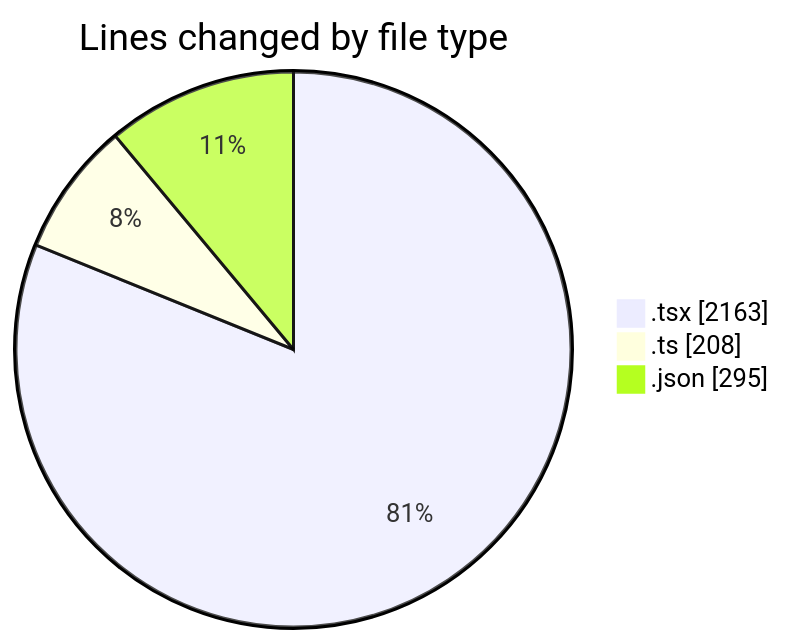
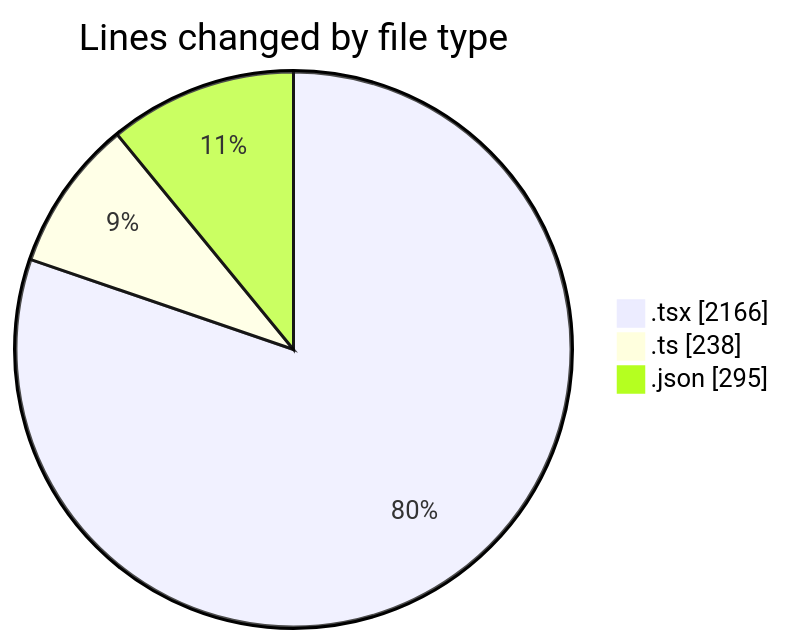
The first of 2 diagrams in 2025-10-09/eventscop-frontend-guide__workspace_/README.md (julien-gomy/code-tracking), drawn with Mermaid before and after one commit. The commit also changed other lines of this file and 1 other file, not shown here.

````diff
--- a/2025-10-09/eventscop-frontend-guide__workspace_/README.md
+++ b/2025-10-09/eventscop-frontend-guide__workspace_/README.md
@@ -32,7 +32,7 @@
 ```mermaid
 pie showData
 title Lines changed by file type
-".tsx" : 2163
-".ts" : 208
+".tsx" : 2166
+".ts" : 238
 ".json" : 295
 ```
````
